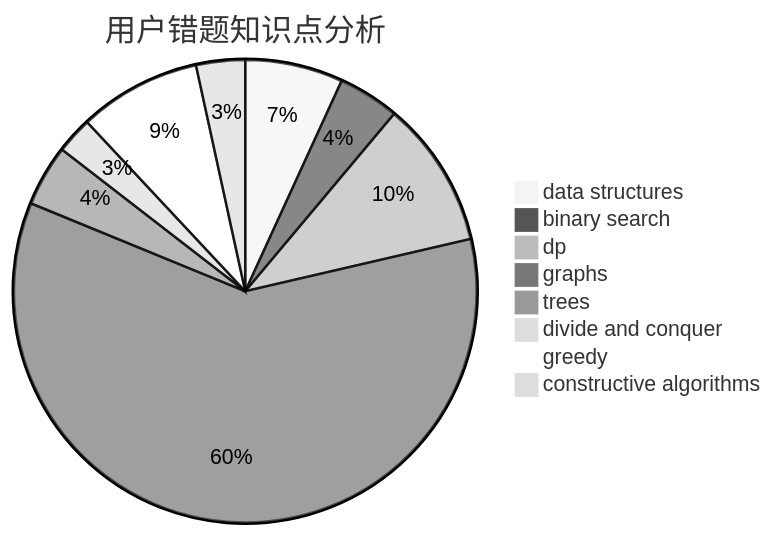
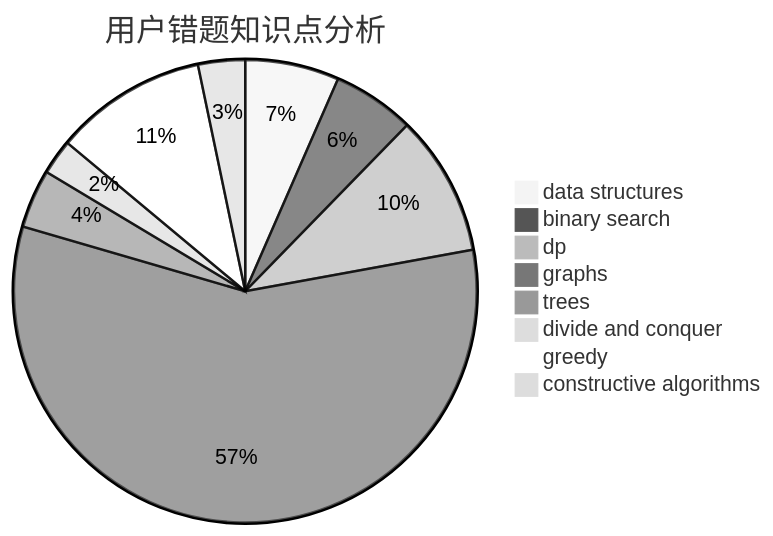
One commit to sherpahu/cfrs.github.io changed the third of 3 diagrams in docs/user/u894.md. Above: the diagram before and after it, drawn with Mermaid (neutral theme). The commit also changed other lines of this file and 2770 other files, not shown here.

````diff
--- a/docs/user/u894.md
+++ b/docs/user/u894.md
@@ -36,11 +36,11 @@
 ```mermaid
 pie title 用户错题知识点分析
     "data structures" :  8
-    "binary search" :  5
+    "binary search" :  7
     "dp" :  12
     "graphs" :  70
     "trees" :  5
     "divide and conquer" :  3
-    "greedy" :  10
+    "greedy" :  13
     "constructive algorithms" :  4
 ```
````
